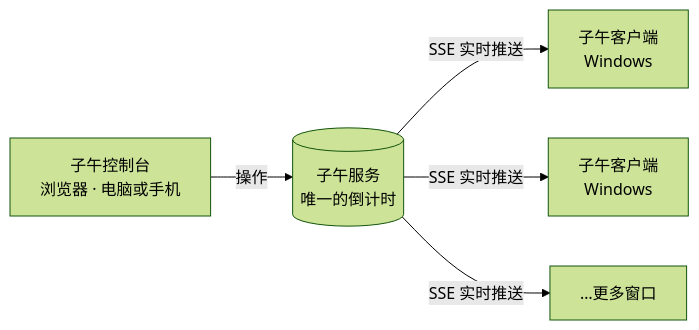
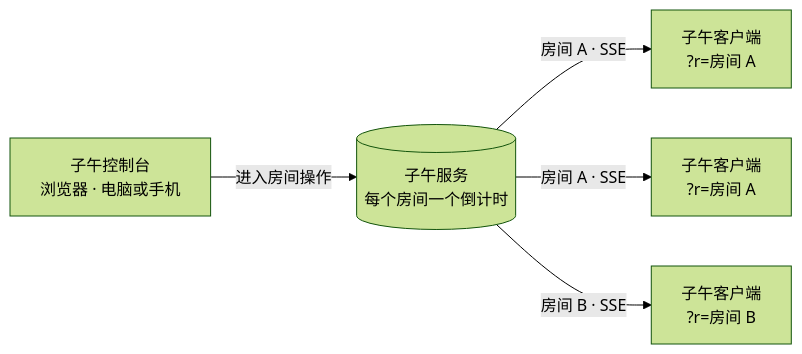
Before and after one commit to YuKiBi0/Meridian: the diagram in README.md, drawn with Mermaid (forest theme). The commit also changed other lines of this file and 5 other files, not shown here.

````diff
--- a/README.md
+++ b/README.md
@@ -43,7 +45,7 @@
 ```mermaid
 flowchart LR
-  C["子午控制台<br/>浏览器 · 电脑或手机"] -- 操作 --> S[("子午服务<br/>唯一的倒计时")]
-  S -- SSE 实时推送 --> A["子午客户端<br/>Windows"]
-  S -- SSE 实时推送 --> B["子午客户端<br/>Windows"]
-  S -- SSE 实时推送 --> D["…更多窗口"]
+  C["子午控制台<br/>浏览器 · 电脑或手机"] -- 进入房间操作 --> S[("子午服务<br/>每个房间一个倒计时")]
+  S -- "房间 A · SSE" --> A["子午客户端<br/>?r=房间 A"]
+  S -- "房间 A · SSE" --> B["子午客户端<br/>?r=房间 A"]
+  S -- "房间 B · SSE" --> D["子午客户端<br/>?r=房间 B"]
 ```
````
